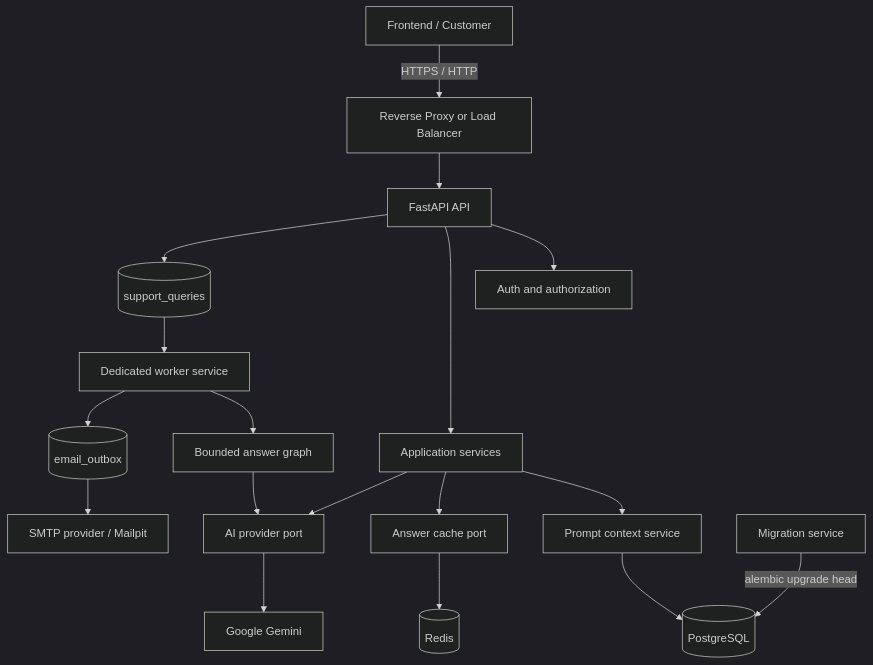
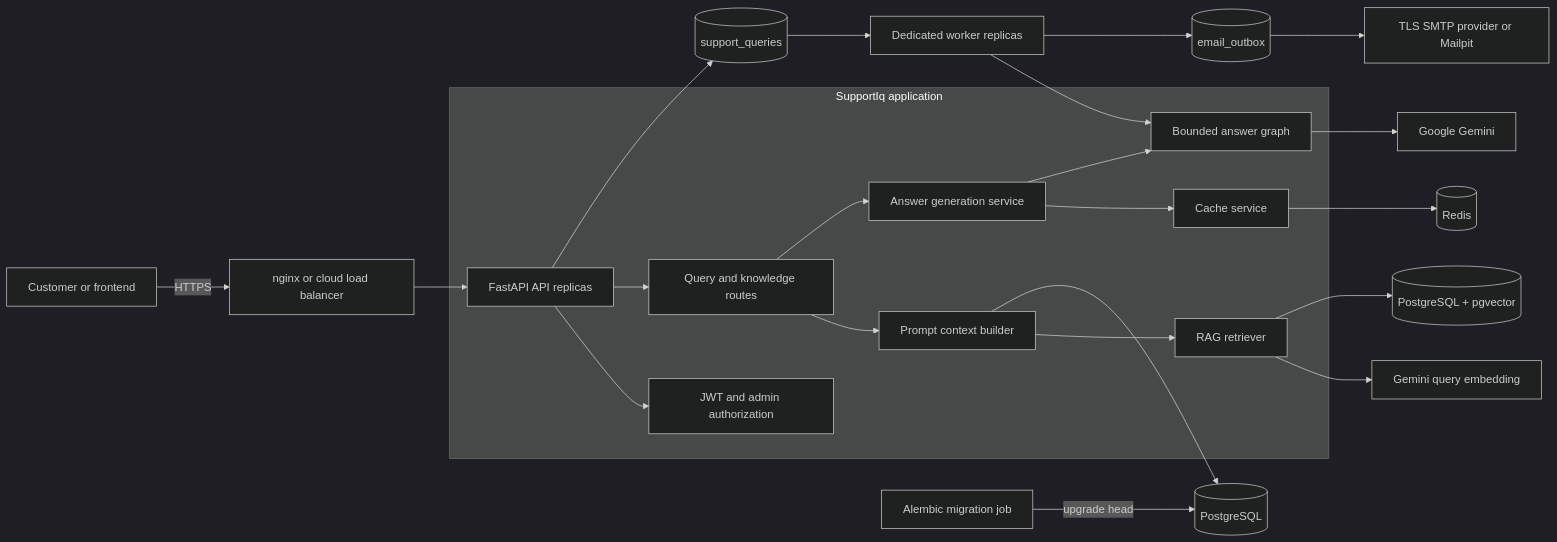
The first of 6 diagrams in README.md (rahuldhiman18/SupportIq), drawn with Mermaid (dark theme) before and after one commit. The commit also changed other lines of this file, not shown here.

````diff
--- a/README.md
+++ b/README.md
@@ -44,20 +49,27 @@
 ```mermaid
-graph TD
-    Client[Frontend / Customer] -->|HTTPS / HTTP| Proxy[Reverse Proxy or Load Balancer]
-    Proxy --> API[FastAPI API]
-    API --> Auth[Auth and authorization]
-    API --> App[Application services]
-    App --> Context[Prompt context service]
+flowchart LR
+    Client[Customer or frontend] -->|HTTPS| Proxy[nginx or cloud load balancer]
+    Proxy --> API[FastAPI API replicas]
+
+    subgraph Application["SupportIq application"]
+        API --> Auth[JWT and admin authorization]
+        API --> Query[Query and knowledge routes]
+        Query --> Context[Prompt context builder]
+        Query --> Answer[Answer generation service]
+        Answer --> Cache[Cache service]
+        Context --> RAG[RAG retriever]
+        Answer --> Graph[Bounded answer graph]
+    end
+
+    Cache --> Redis[(Redis)]
+    RAG --> Embed[Gemini query embedding]
+    RAG --> PgVector[(PostgreSQL + pgvector)]
     Context --> DB[(PostgreSQL)]
-    App --> Cache[Answer cache port]
-    Cache --> Redis[(Redis)]
-    App --> AI[AI provider port]
-    AI --> Gemini[Google Gemini]
+    Graph --> Gemini[Google Gemini]
     API --> Queue[(support_queries)]
-    Queue --> Worker[Dedicated worker service]
-    Worker --> Graph[Bounded answer graph]
-    Graph --> AI
+    Queue --> Worker[Dedicated worker replicas]
+    Worker --> Graph
     Worker --> Outbox[(email_outbox)]
-    Outbox --> SMTP[SMTP provider / Mailpit]
-    Migrate[Migration service] -->|alembic upgrade head| DB
+    Outbox --> SMTP[TLS SMTP provider or Mailpit]
+    Migration[Alembic migration job] -->|upgrade head| DB
 ```
````
